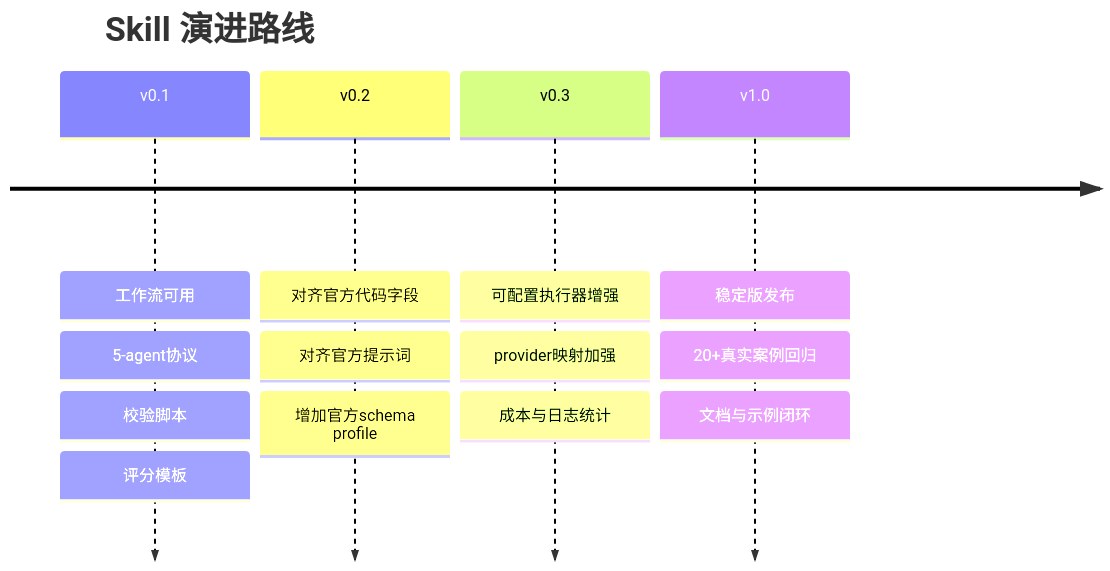
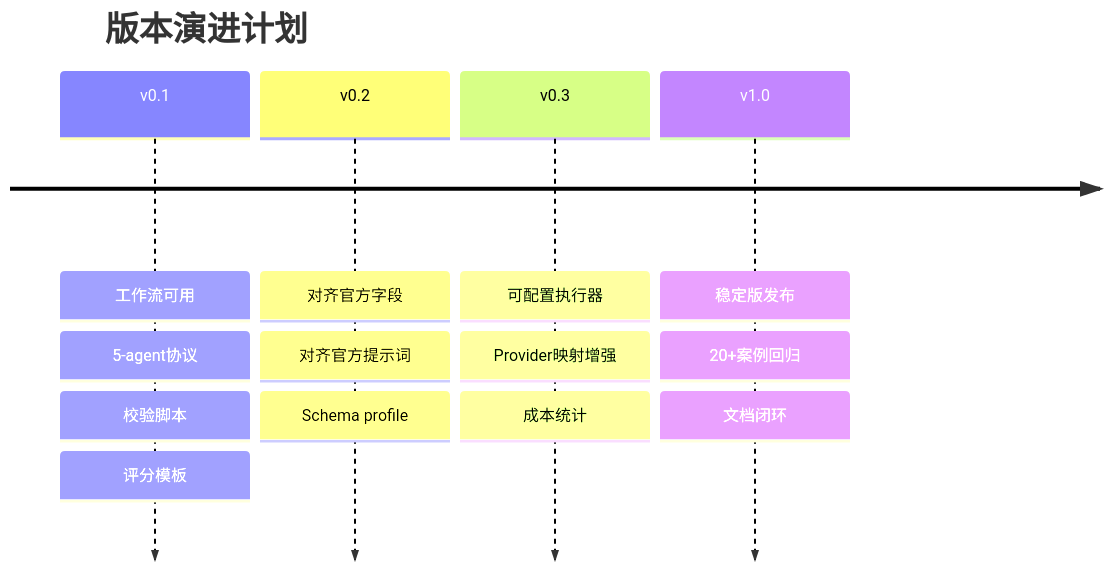
One commit to Haimbeau1o/paperbanana-agentic-illustration-skill changed the second of 2 diagrams in README.md. Above: the diagram before and after it, drawn with Mermaid. The commit also changed other lines of this file, not shown here.

````diff
--- a/README.md
+++ b/README.md
@@ -286,17 +194,8 @@
 ```mermaid
 timeline
-    title Skill 演进路线
-    v0.1 : 工作流可用
-         : 5-agent协议
-         : 校验脚本
-         : 评分模板
-    v0.2 : 对齐官方代码字段
-         : 对齐官方提示词
-         : 增加官方schema profile
-    v0.3 : 可配置执行器增强
-         : provider映射加强
-         : 成本与日志统计
-    v1.0 : 稳定版发布
-         : 20+真实案例回归
-         : 文档与示例闭环
+    title 版本演进计划
+    v0.1 : 工作流可用 : 5-agent协议 : 校验脚本 : 评分模板
+    v0.2 : 对齐官方字段 : 对齐官方提示词 : Schema profile
+    v0.3 : 可配置执行器 : Provider映射增强 : 成本统计
+    v1.0 : 稳定版发布 : 20+案例回归 : 文档闭环
 ```
````
